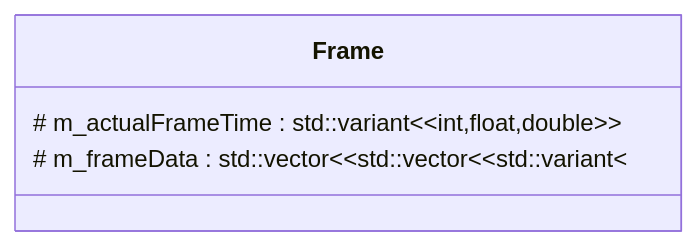
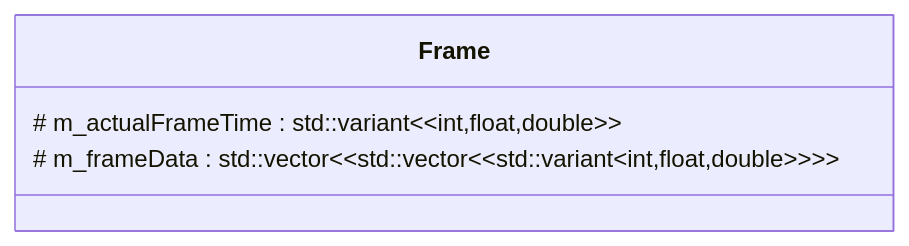
One commit to NCCA/ase-assignment-jmacey-1 changed the diagram in Design.md. Above: the diagram before and after it, drawn with Mermaid.

Commit message:
updated Design

````diff
--- a/Design.md
+++ b/Design.md
@@ -25,8 +25,8 @@
 ```mermaid
 classDiagram
 
     class Frame{
             # m_actualFrameTime : std::variant&lt;&lt;int,float,double&gt;&gt;
-            # m_frameData : std::vector&lt;&ltstd::vector&lt;&lt;std::variant<<int,float,double&gt;&gt;&gt;&gt;
+            # m_frameData : std::vector&lt;&ltstd::vector&lt;&lt;std::variant&lt;int,float,double&gt;&gt;&gt;&gt;
         }
 ```
````
